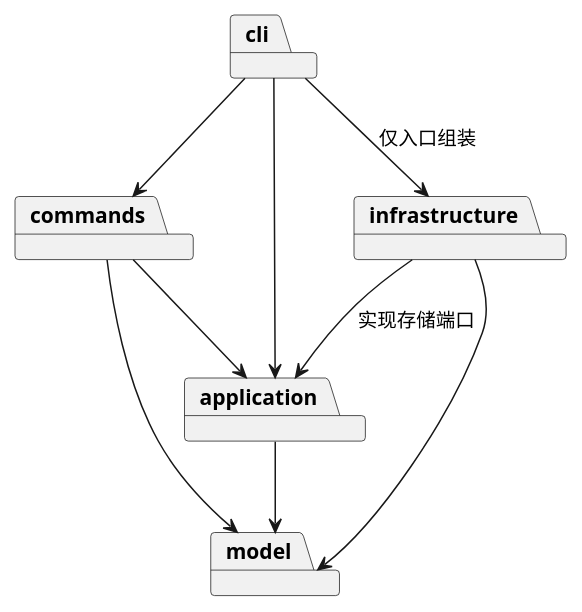
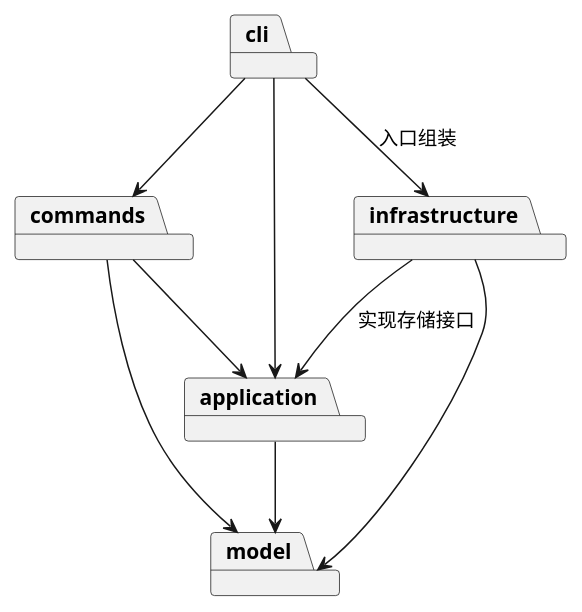
Before and after one commit to wxz667/SVG: the diagram in doc/README.md, drawn with PlantUML. The commit also changed other lines of this file, not shown here.

Commit message:
docs: streamline architecture and development notes

````diff
--- a/doc/README.md
+++ b/doc/README.md
@@ -18,17 +16,17 @@
 ```plantuml
 @startuml
 package cli
 package commands
 package application
 package model
 package infrastructure
 cli --> commands
 cli --> application
-cli --> infrastructure : 仅入口组装
+cli --> infrastructure : 入口组装
 commands --> application
 commands --> model
 application --> model
-infrastructure --> application : 实现存储端口
+infrastructure --> application : 实现存储接口
 infrastructure --> model
 @enduml
 ```
````
